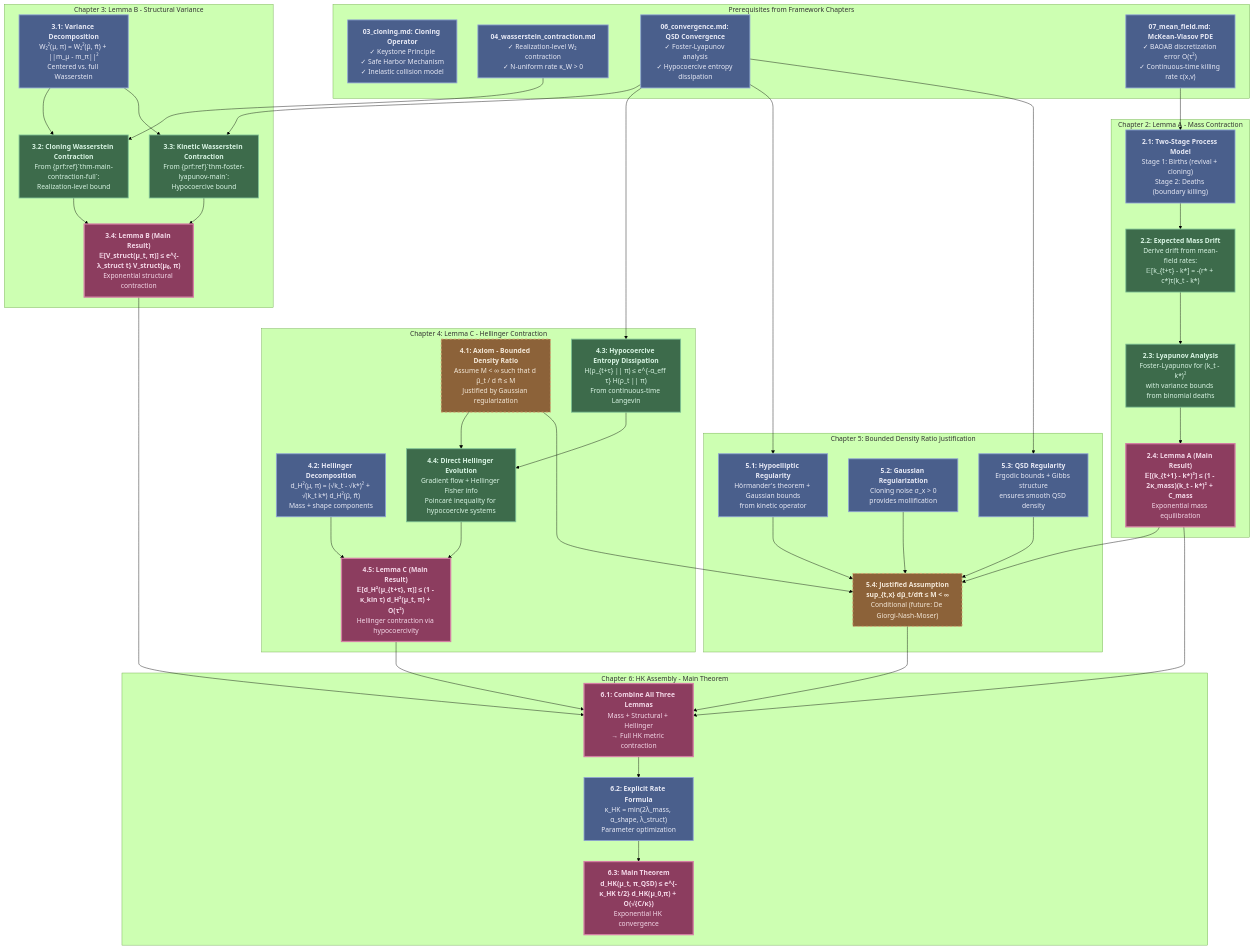
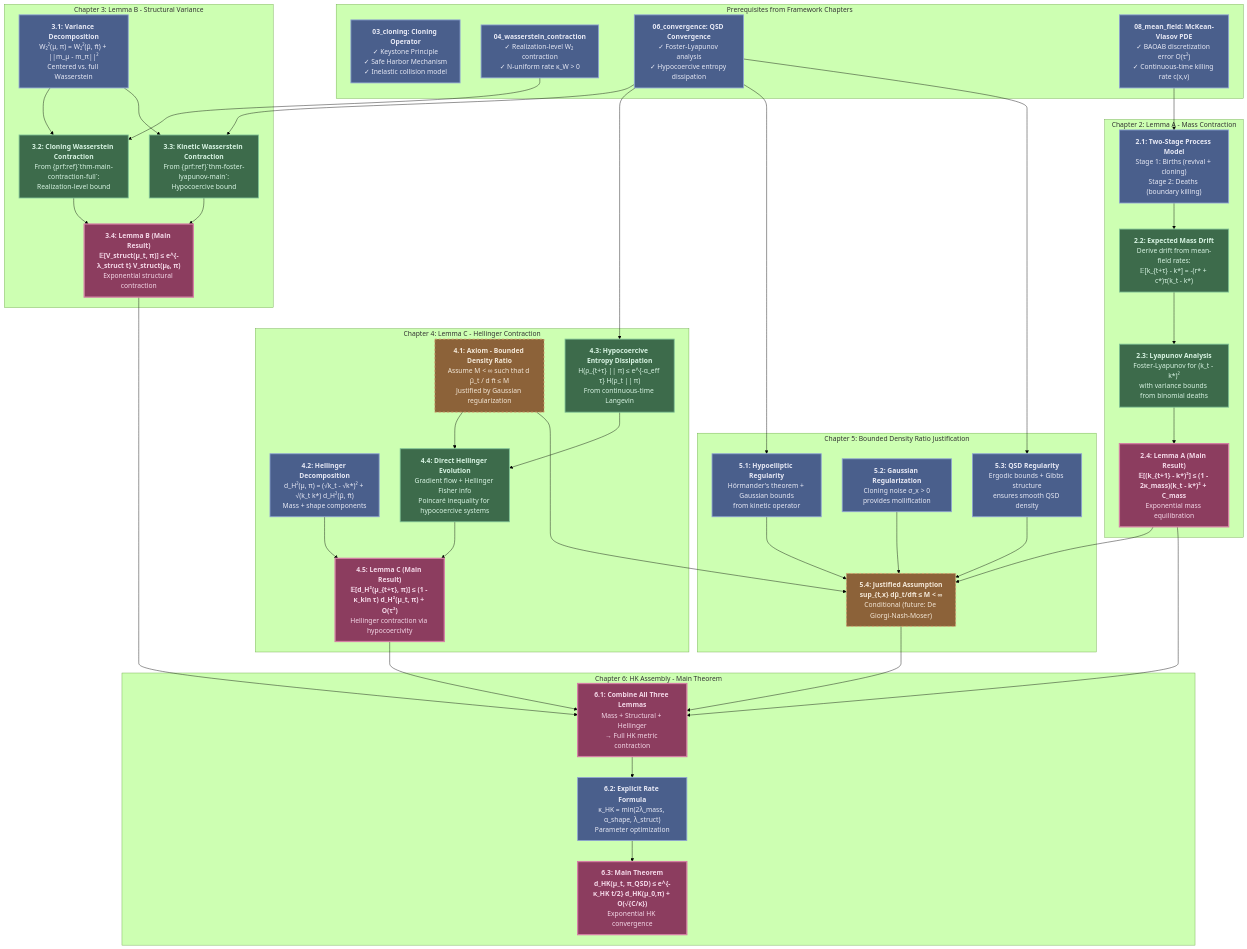
One commit to FragileTech/fragile changed the diagram in docs/source/3_fractal_gas/appendices/11_hk_convergence.md. Above: the diagram before and after it, drawn with Mermaid (forest theme). The commit also changed other lines of this file and 29 other files, not shown here.

````diff
--- a/docs/source/3_fractal_gas/appendices/11_hk_convergence.md
+++ b/docs/source/3_fractal_gas/appendices/11_hk_convergence.md
@@ -81,82 +83,82 @@
 ```{mermaid}
 graph TD
     subgraph "Prerequisites from Framework Chapters"
-        A["<b>03_cloning.md: Cloning Operator</b><br>✓ Keystone Principle<br>✓ Safe Harbor Mechanism<br>✓ Inelastic collision model"]:::stateStyle
-        B["<b>04_wasserstein_contraction.md</b><br>✓ Realization-level W₂ contraction<br>✓ N-uniform rate κ_W > 0"]:::stateStyle
-        C["<b>06_convergence.md: QSD Convergence</b><br>✓ Foster-Lyapunov analysis<br>✓ Hypocoercive entropy dissipation"]:::stateStyle
-        D["<b>07_mean_field.md: McKean-Vlasov PDE</b><br>✓ BAOAB discretization error O(τ²)<br>✓ Continuous-time killing rate c(x,v)"]:::stateStyle
+        A["<b>03_cloning: Cloning Operator</b><br>✓ Keystone Principle<br>✓ Safe Harbor Mechanism<br>✓ Inelastic collision model"]:::stateStyle
+        B["<b>04_wasserstein_contraction</b><br>✓ Realization-level W₂ contraction<br>✓ N-uniform rate κ_W > 0"]:::stateStyle
+        C["<b>06_convergence: QSD Convergence</b><br>✓ Foster-Lyapunov analysis<br>✓ Hypocoercive entropy dissipation"]:::stateStyle
+        D["<b>08_mean_field: McKean-Vlasov PDE</b><br>✓ BAOAB discretization error O(τ²)<br>✓ Continuous-time killing rate c(x,v)"]:::stateStyle
     end
 
     subgraph "Chapter 2: Lemma A - Mass Contraction"
         E["<b>2.1: Two-Stage Process Model</b><br>Stage 1: Births (revival + cloning)<br>Stage 2: Deaths (boundary killing)"]:::stateStyle
         F["<b>2.2: Expected Mass Drift</b><br>Derive drift from mean-field rates:<br>𝔼[k_{t+τ} - k*] = -(r* + c*)τ(k_t - k*)"]:::lemmaStyle
         G["<b>2.3: Lyapunov Analysis</b><br>Foster-Lyapunov for (k_t - k*)²<br>with variance bounds from binomial deaths"]:::lemmaStyle
         H["<b>2.4: Lemma A (Main Result)</b><br><b>𝔼[(k_{t+1} - k*)²] ≤ (1 - 2κ_mass)(k_t - k*)² + C_mass</b><br>Exponential mass equilibration"]:::theoremStyle
 
         D --> E
         E --> F
         F --> G
         G --> H
     end
 
     subgraph "Chapter 3: Lemma B - Structural Variance"
         I["<b>3.1: Variance Decomposition</b><br>W₂²(μ, π) = W₂²(μ̃, π̃) + ||m_μ - m_π||²<br>Centered vs. full Wasserstein"]:::stateStyle
         J["<b>3.2: Cloning Wasserstein Contraction</b><br>From {prf:ref}`thm-main-contraction-full`:<br>Realization-level bound"]:::lemmaStyle
         K["<b>3.3: Kinetic Wasserstein Contraction</b><br>From {prf:ref}`thm-foster-lyapunov-main`:<br>Hypocoercive bound"]:::lemmaStyle
         L["<b>3.4: Lemma B (Main Result)</b><br><b>𝔼[V_struct(μ_t, π)] ≤ e^{-λ_struct t} V_struct(μ₀, π)</b><br>Exponential structural contraction"]:::theoremStyle
 
         B --> J
         C --> K
         I --> J
         I --> K
         J --> L
         K --> L
     end
 
     subgraph "Chapter 4: Lemma C - Hellinger Contraction"
         M["<b>4.1: Axiom - Bounded Density Ratio</b><br>Assume M < ∞ such that d μ̃_t / d π̃ ≤ M<br>Justified by Gaussian regularization"]:::axiomStyle
         N["<b>4.2: Hellinger Decomposition</b><br>d_H²(μ, π) = (√k_t - √k*)² + √(k_t k*) d_H²(μ̃, π̃)<br>Mass + shape components"]:::stateStyle
         O["<b>4.3: Hypocoercive Entropy Dissipation</b><br>H(ρ_{t+τ} || π) ≤ e^{-α_eff τ} H(ρ_t || π)<br>From continuous-time Langevin"]:::lemmaStyle
         P["<b>4.4: Direct Hellinger Evolution</b><br>Gradient flow + Hellinger Fisher info<br>Poincaré inequality for hypocoercive systems"]:::lemmaStyle
         Q["<b>4.5: Lemma C (Main Result)</b><br><b>𝔼[d_H²(μ_{t+τ}, π)] ≤ (1 - κ_kin τ) d_H²(μ_t, π) + O(τ²)</b><br>Hellinger contraction via hypocoercivity"]:::theoremStyle
 
         C --> O
         M --> P
         N --> Q
         O --> P
         P --> Q
     end
 
     subgraph "Chapter 5: Bounded Density Ratio Justification"
         R1["<b>5.1: Hypoelliptic Regularity</b><br>Hörmander's theorem + Gaussian bounds<br>from kinetic operator"]:::stateStyle
         R2["<b>5.2: Gaussian Regularization</b><br>Cloning noise σ_x > 0<br>provides mollification"]:::stateStyle
         R3["<b>5.3: QSD Regularity</b><br>Ergodic bounds + Gibbs structure<br>ensures smooth QSD density"]:::stateStyle
         R4["<b>5.4: Justified Assumption</b><br><b>sup_{t,x} dμ̃_t/dπ̃ ≤ M < ∞</b><br>Conditional (future: De Giorgi-Nash-Moser)"]:::axiomStyle
     end
 
     subgraph "Chapter 6: HK Assembly - Main Theorem"
         S1["<b>6.1: Combine All Three Lemmas</b><br>Mass + Structural + Hellinger<br>→ Full HK metric contraction"]:::theoremStyle
         S2["<b>6.2: Explicit Rate Formula</b><br>κ_HK = min(2λ_mass, α_shape, λ_struct)<br>Parameter optimization"]:::stateStyle
         S3["<b>6.3: Main Theorem</b><br><b>d_HK(μ_t, π_QSD) ≤ e^{-κ_HK t/2} d_HK(μ_0,π) + O(√{C/κ})</b><br>Exponential HK convergence"]:::theoremStyle
     end
 
     H --> R4
     C --> R1
     C --> R3
     M --> R4
     R1 --> R4
     R2 --> R4
     R3 --> R4
 
     H --> S1
     L --> S1
     Q --> S1
     R4 --> S1
     S1 --> S2
     S2 --> S3
 
     classDef stateStyle fill:#4a5f8c,stroke:#8fa4d4,stroke-width:2px,color:#e8eaf6
     classDef axiomStyle fill:#8c6239,stroke:#d4a574,stroke-width:2px,stroke-dasharray: 5 5,color:#f4e8d8
     classDef lemmaStyle fill:#3d6b4b,stroke:#7fc296,stroke-width:2px,color:#d8f4e3
     classDef theoremStyle fill:#8c3d5f,stroke:#d47fa4,stroke-width:3px,color:#f4d8e8
 ```
````
